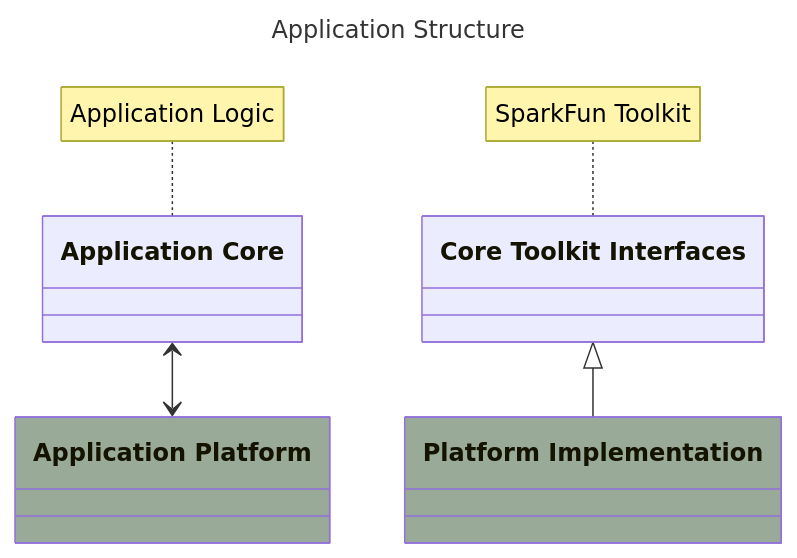
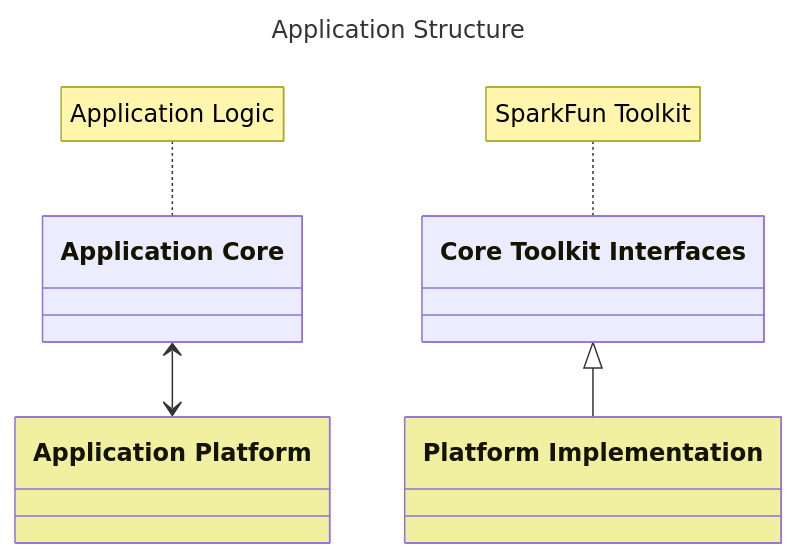
One commit to sparkfun/SparkFun_Toolkit changed the third of 3 diagrams in README.md. Above: the diagram before and after it, drawn with Mermaid.

````diff
--- a/README.md
+++ b/README.md
@@ -62,20 +62,20 @@
 ```mermaid
 ---
 title: Application Structure
 ---
 classDiagram
     direction TD
     note for ApplicationCore "Application Logic"
     class ApplicationCore["Application Core"]
     class CoreToolkit["Core Toolkit Interfaces"] 
 
     note for CoreToolkit "SparkFun Toolkit"
     class ApplicationPlatform["Application Platform"]
-    style ApplicationPlatform fill:#99aa99
+    style ApplicationPlatform fill:#F0F0A0
     class PlatformOne["Platform Implementation"]
-    style PlatformOne fill:#99aa99    
+    style PlatformOne fill:#F0F0a0    
     
     CoreToolkit <|-- PlatformOne
     ApplicationCore <--> Application Platform
 
 ```
````
